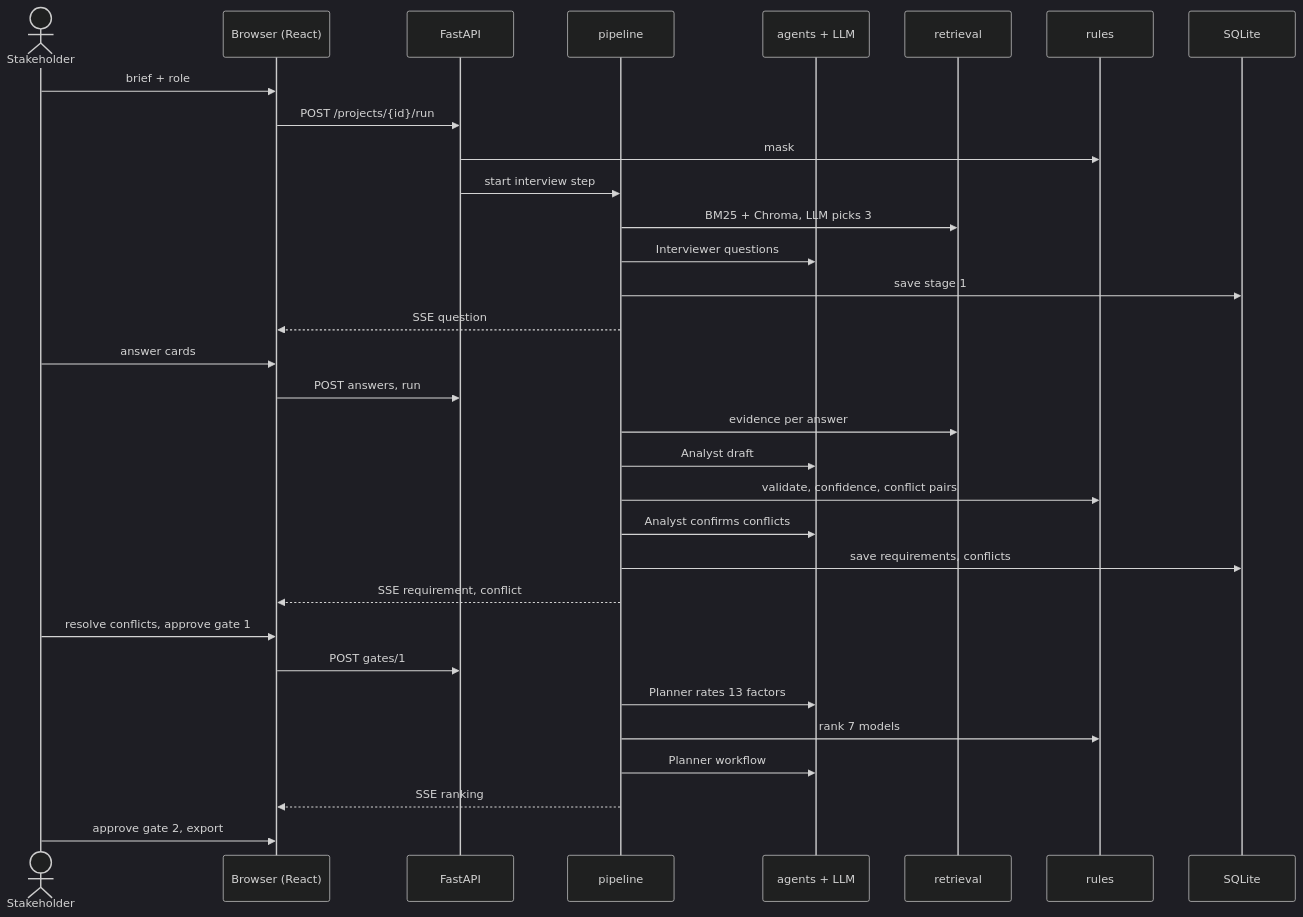
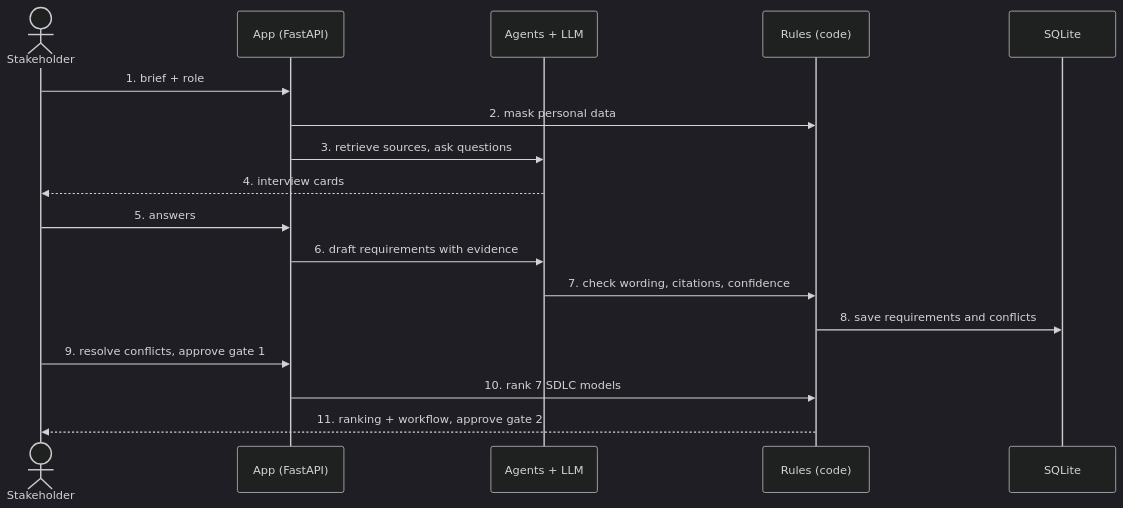
The third of 3 diagrams in README.md (saijishnup/joules), drawn with Mermaid (dark theme) before and after one commit. The commit also changed other lines of this file and 2 other files, not shown here.

Commit message:
README: simpler use-case and sequence diagrams (Mermaid), drop old SVGs

````diff
--- a/README.md
+++ b/README.md
@@ -70,34 +76,19 @@
 ```mermaid
 sequenceDiagram
   actor U as Stakeholder
-  participant B as Browser (React)
-  participant A as FastAPI
-  participant P as pipeline
-  participant L as agents + LLM
-  participant R as retrieval
-  participant Q as rules
+  participant A as App (FastAPI)
+  participant L as Agents + LLM
+  participant Q as Rules (code)
   participant D as SQLite
-  U->>B: brief + role
-  B->>A: POST /projects/{id}/run
-  A->>Q: mask
-  A->>P: start interview step
-  P->>R: BM25 + Chroma, LLM picks 3
-  P->>L: Interviewer questions
-  P->>D: save stage 1
-  P-->>B: SSE question
-  U->>B: answer cards
-  B->>A: POST answers, run
-  P->>R: evidence per answer
-  P->>L: Analyst draft
-  P->>Q: validate, confidence, conflict pairs
-  P->>L: Analyst confirms conflicts
-  P->>D: save requirements, conflicts
-  P-->>B: SSE requirement, conflict
-  U->>B: resolve conflicts, approve gate 1
-  B->>A: POST gates/1
-  P->>L: Planner rates 13 factors
-  P->>Q: rank 7 models
-  P->>L: Planner workflow
-  P-->>B: SSE ranking
-  U->>B: approve gate 2, export
+  U->>A: 1. brief + role
+  A->>Q: 2. mask personal data
+  A->>L: 3. retrieve sources, ask questions
+  L-->>U: 4. interview cards
+  U->>A: 5. answers
+  A->>L: 6. draft requirements with evidence
+  L->>Q: 7. check wording, citations, confidence
+  Q->>D: 8. save requirements and conflicts
+  U->>A: 9. resolve conflicts, approve gate 1
+  A->>Q: 10. rank 7 SDLC models
+  Q-->>U: 11. ranking + workflow, approve gate 2
 ```
````
